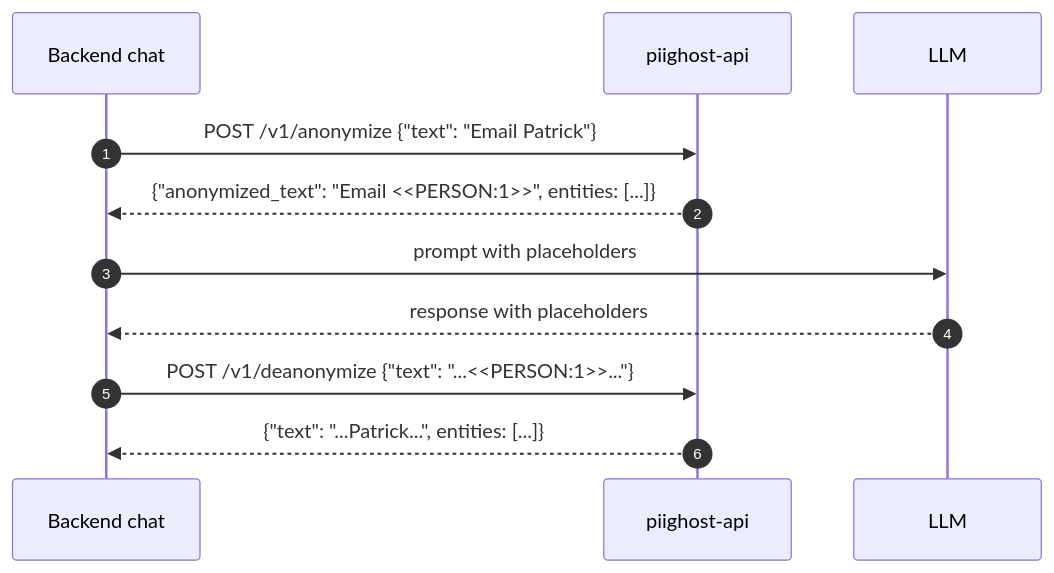
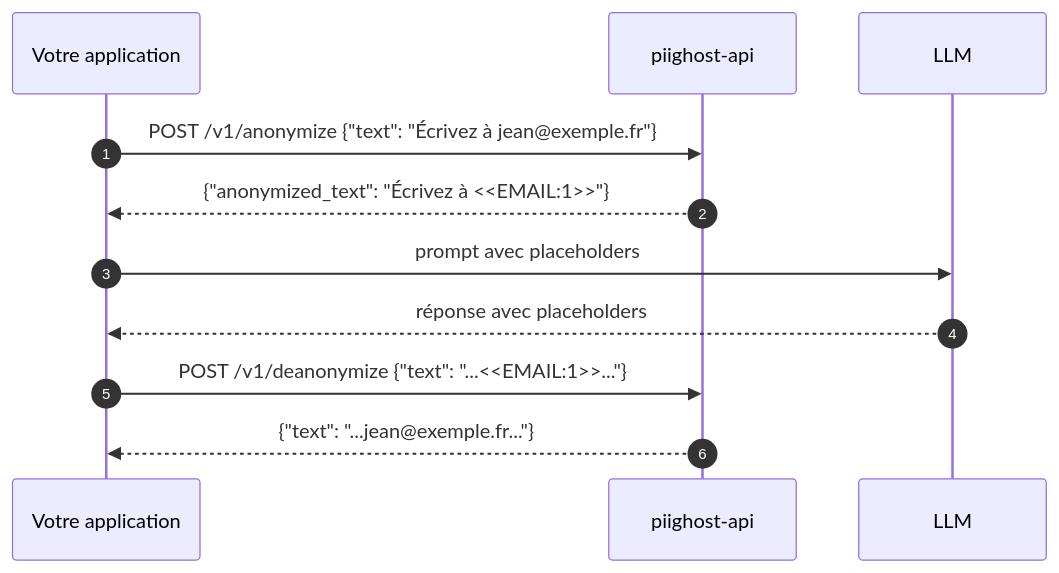
The diagram in README.fr.md (Athroniaeth/piighost-api), drawn with Mermaid before and after one commit. The commit also changed other lines of this file and 2 other files, not shown here.

````diff
--- a/README.fr.md
+++ b/README.fr.md
@@ -15,14 +13,14 @@
 ```mermaid
 sequenceDiagram
     autonumber
-    participant C as Backend chat
+    participant C as Votre application
     participant A as piighost-api
     participant L as LLM
 
-    C->>A: POST /v1/anonymize {"text": "Email Patrick"}
-    A-->>C: {"anonymized_text": "Email <<PERSON:1>>", entities: [...]}
-    C->>L: prompt with placeholders
-    L-->>C: response with placeholders
-    C->>A: POST /v1/deanonymize {"text": "...<<PERSON:1>>..."}
-    A-->>C: {"text": "...Patrick...", entities: [...]}
+    C->>A: POST /v1/anonymize {"text": "Écrivez à jean@exemple.fr"}
+    A-->>C: {"anonymized_text": "Écrivez à <<EMAIL:1>>"}
+    C->>L: prompt avec placeholders
+    L-->>C: réponse avec placeholders
+    C->>A: POST /v1/deanonymize {"text": "...<<EMAIL:1>>..."}
+    A-->>C: {"text": "...jean@exemple.fr..."}
 ```
````
